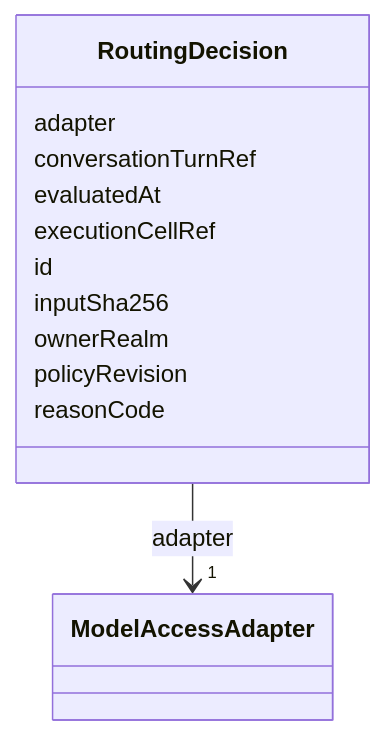
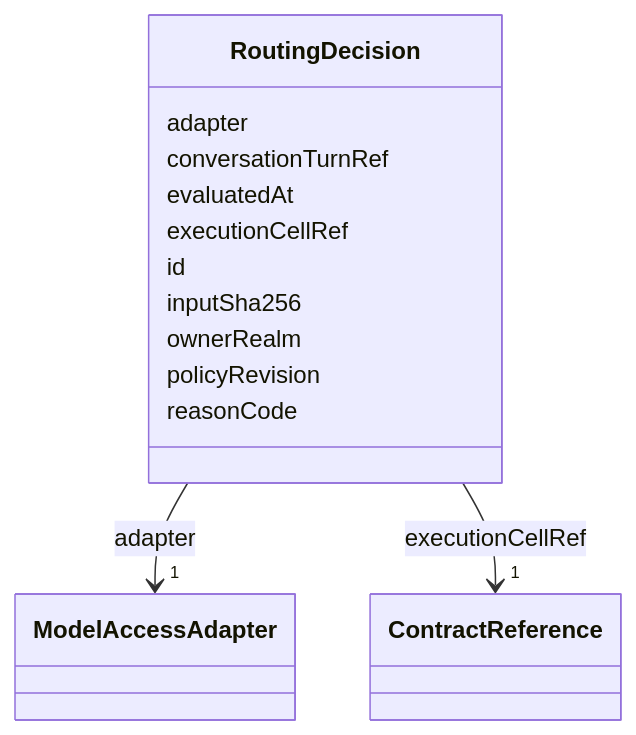
One commit to open4good/jumo-core changed the diagram in metamodel/generated/docs/RoutingDecision.md. Above: the diagram before and after it, drawn with Mermaid. The commit also changed other lines of this file and 33 other files, not shown here.

````diff
--- a/metamodel/generated/docs/RoutingDecision.md
+++ b/metamodel/generated/docs/RoutingDecision.md
@@ -23,33 +23,42 @@
 ```mermaid
  classDiagram
     class RoutingDecision
     click RoutingDecision href "../RoutingDecision/"
       RoutingDecision : adapter
 
 
 
 
 
         RoutingDecision --> "1" ModelAccessAdapter : adapter
         click ModelAccessAdapter href "../ModelAccessAdapter/"
 
 
 
       RoutingDecision : conversationTurnRef
 
       RoutingDecision : evaluatedAt
 
       RoutingDecision : executionCellRef
 
+
+
+
+
+        RoutingDecision --> "1" ContractReference : executionCellRef
+        click ContractReference href "../ContractReference/"
+
+
+
       RoutingDecision : id
 
       RoutingDecision : inputSha256
 
       RoutingDecision : ownerRealm
 
       RoutingDecision : policyRevision
 
       RoutingDecision : reasonCode
 
 
 ```
````
